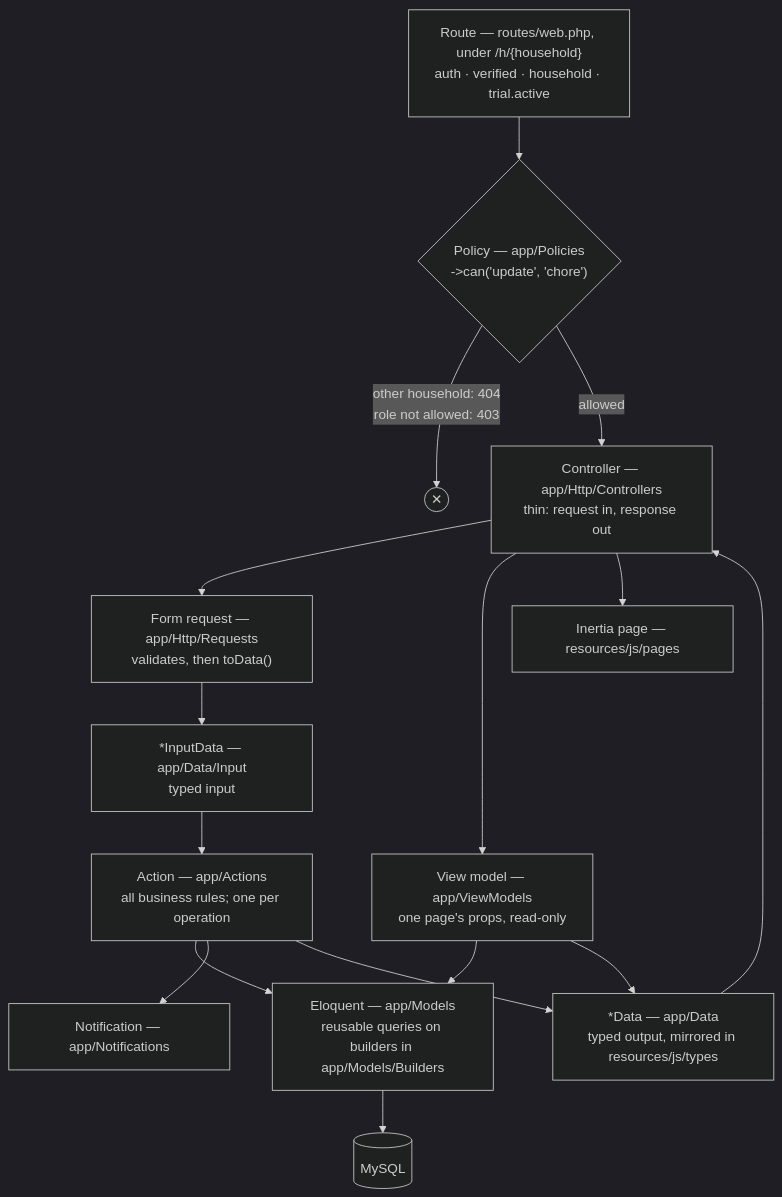
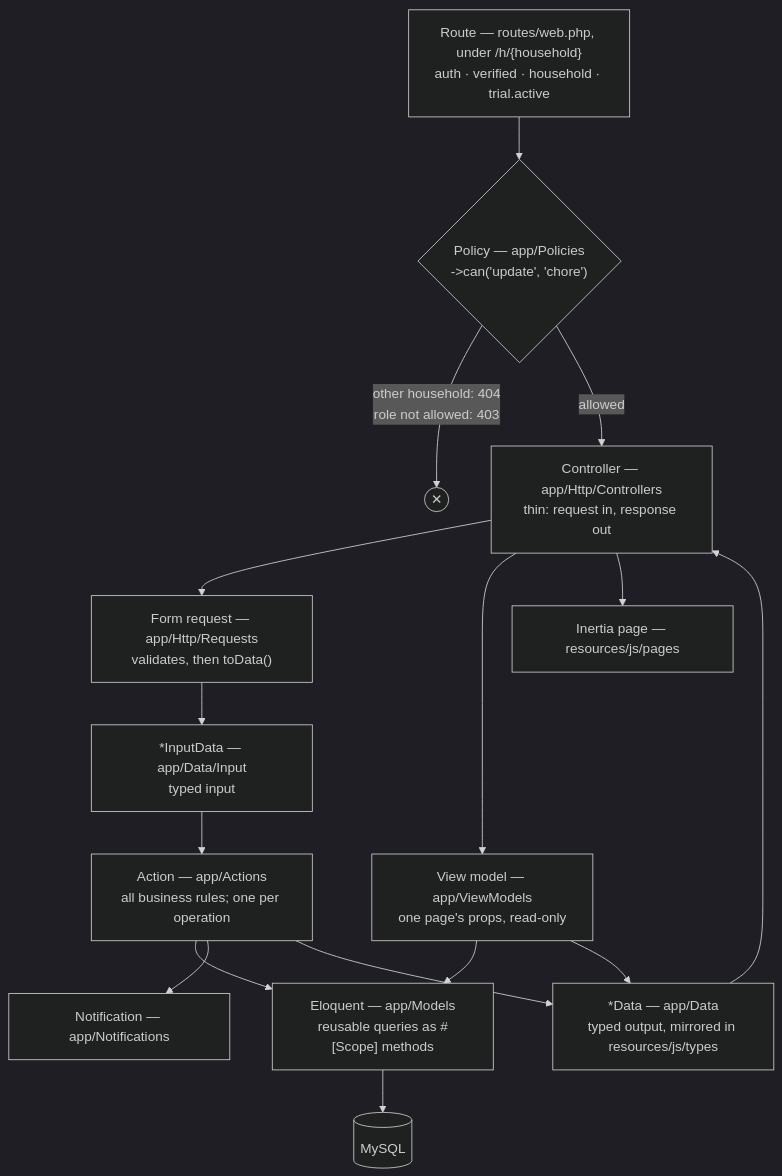
One commit to owensanders/ryh changed the fourth of 5 diagrams in README.md. Above: the diagram before and after it, drawn with Mermaid (dark theme). The commit also changed other lines of this file and 10 other files, not shown here.

First line of the commit message:
Use #[Scope] query scopes instead of custom builders

````diff
--- a/README.md
+++ b/README.md
@@ -245,26 +245,26 @@
 ```mermaid
 flowchart TD
     route["Route — routes/web.php, under /h/{household}<br/>auth · verified · household · trial.active"]
     policy{"Policy — app/Policies<br/>->can('update', 'chore')"}
     controller["Controller — app/Http/Controllers<br/>thin: request in, response out"]
     request["Form request — app/Http/Requests<br/>validates, then toData()"]
     input["*InputData — app/Data/Input<br/>typed input"]
     usecase["Action — app/Actions<br/>all business rules; one per operation"]
     viewmodel["View model — app/ViewModels<br/>one page's props, read-only"]
-    repo["Eloquent — app/Models<br/>reusable queries on builders in app/Models/Builders"]
+    repo["Eloquent — app/Models<br/>reusable queries as #[Scope] methods"]
     db[("MySQL")]
     data["*Data — app/Data<br/>typed output, mirrored in resources/js/types"]
     page["Inertia page — resources/js/pages"]
     notification["Notification — app/Notifications"]
 
     route --> policy
     policy -- "other household: 404<br/>role not allowed: 403" --> stop(("✕"))
     policy -- "allowed" --> controller
     controller --> request --> input --> usecase
     usecase --> repo --> db
     usecase --> notification
     usecase --> data --> controller
     controller --> viewmodel --> repo
     viewmodel --> data
     controller --> page
 ```
````
